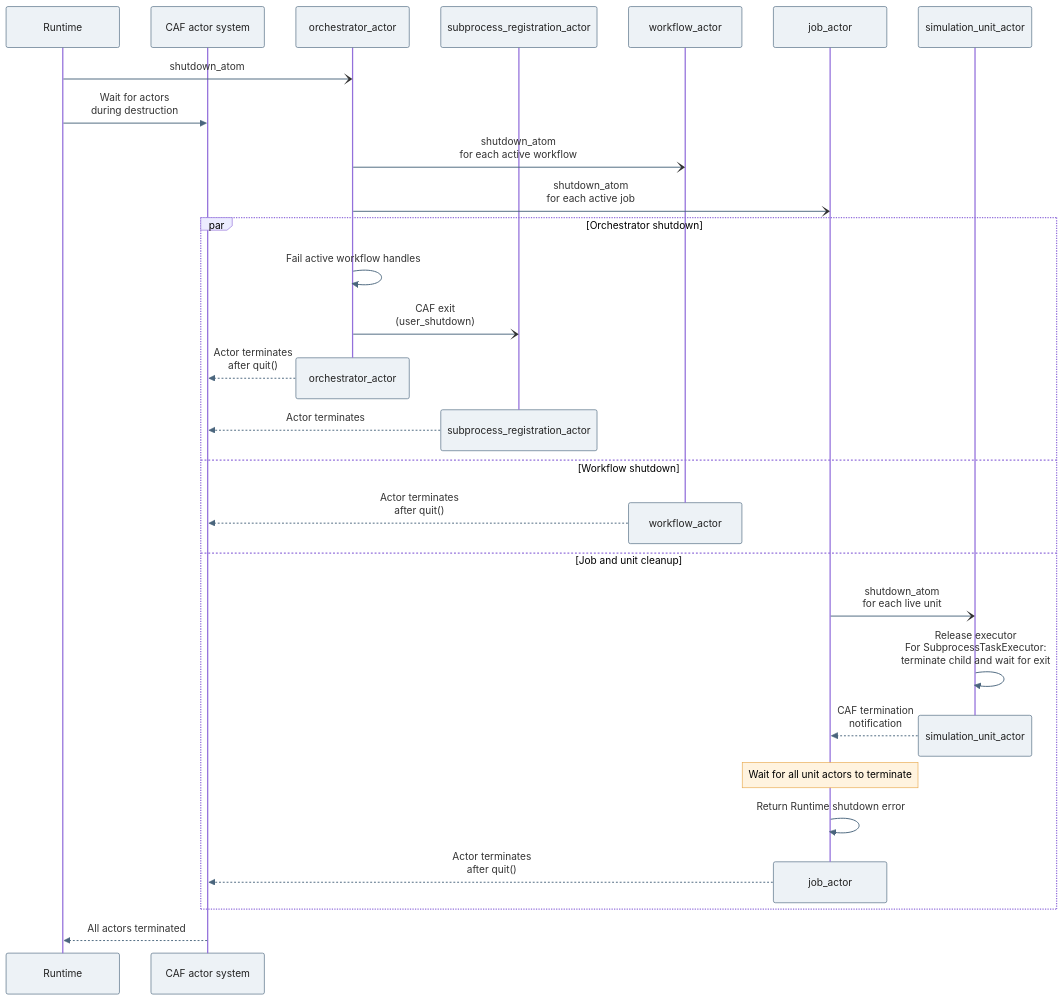
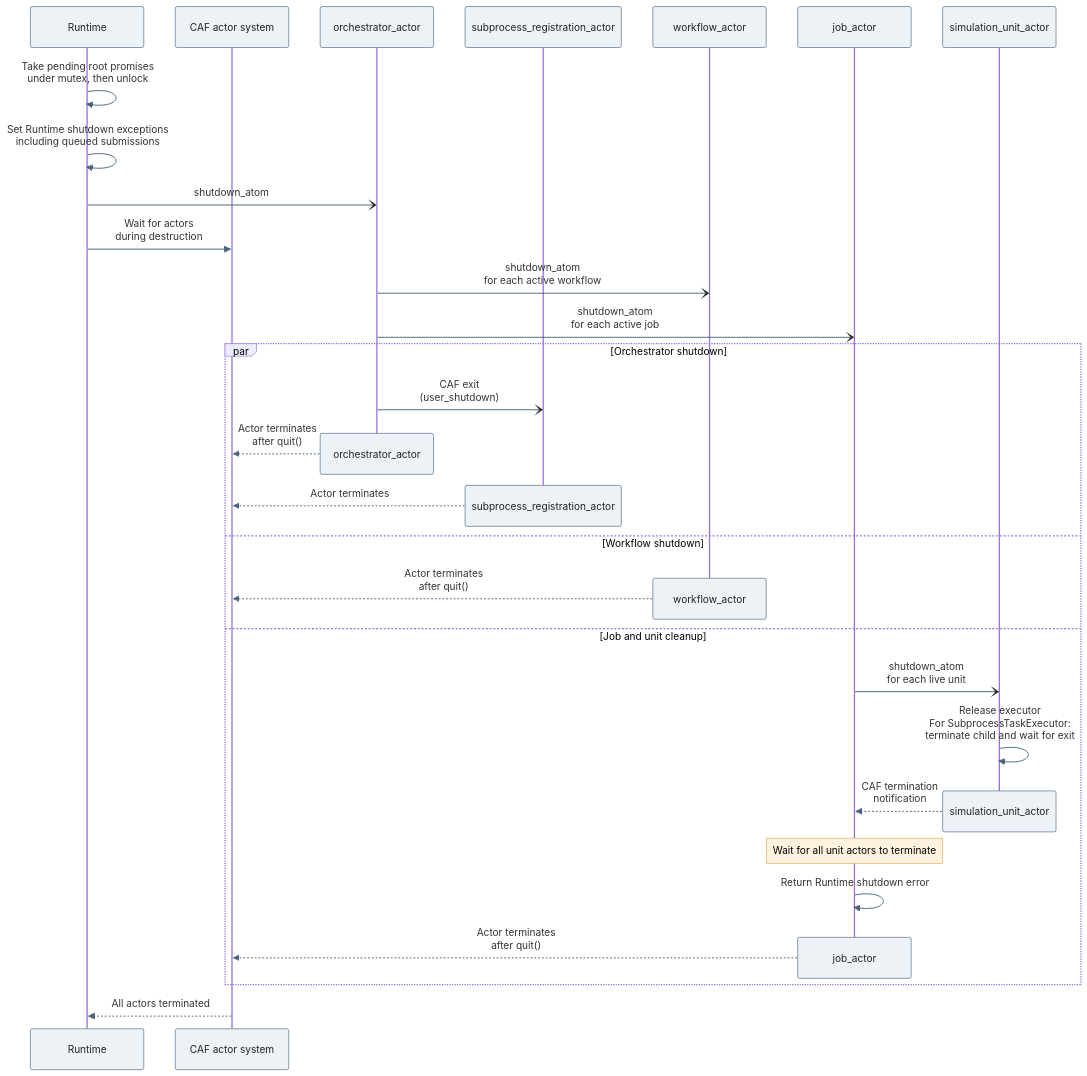
One commit to uofs-simlab/miaow-framework changed the diagram in docs/diagrams/runtime_shutdown.mmd. Above: the diagram before and after it, drawn with Mermaid. The commit also changed 9 other files, not shown here.

```diff
--- a/docs/diagrams/runtime_shutdown.mmd
+++ b/docs/diagrams/runtime_shutdown.mmd
@@ -1,55 +1,56 @@
 ---
 config:
   sequence:
     useMaxWidth: true
     mirrorActors: true
     width: 180
     actorMargin: 50
     diagramMarginX: 16
     diagramMarginY: 12
     messageMargin: 18
     actorFontSize: 14
     messageFontSize: 14
     noteFontSize: 14
   themeVariables:
     actorBkg: "#edf2f6"
     actorBorder: "#4a657d"
     actorTextColor: "#222222"
     signalColor: "#4a657d"
     noteBkgColor: "#fff3df"
     noteBorderColor: "#e8a84b"
 ---
 sequenceDiagram
     participant R as Runtime
     participant S as CAF actor system
     participant O as orchestrator_actor
     participant Reg as subprocess_registration_actor
     participant F as workflow_actor
     participant J as job_actor
     participant U as simulation_unit_actor
 
+    R->>R: Take pending root promises<br/>under mutex, then unlock
+    R->>R: Set Runtime shutdown exceptions<br/>including queued submissions
     R-)O: shutdown_atom
     R->>S: Wait for actors<br/>during destruction
     O-)F: shutdown_atom<br/>for each active workflow
     O-)J: shutdown_atom<br/>for each active job
     par Orchestrator shutdown
-        O->>O: Fail active workflow handles
         O-)Reg: CAF exit<br/>(user_shutdown)
         destroy O
         O-->>S: Actor terminates<br/>after quit()
         destroy Reg
         Reg-->>S: Actor terminates
     and Workflow shutdown
         destroy F
         F-->>S: Actor terminates<br/>after quit()
     and Job and unit cleanup
         J-)U: shutdown_atom<br/>for each live unit
         U->>U: Release executor<br/>For SubprocessTaskExecutor:<br/>terminate child and wait for exit
         destroy U
         U-->>J: CAF termination<br/>notification
         Note over J: Wait for all unit actors to terminate
         J->>J: Return Runtime shutdown error
         destroy J
         J-->>S: Actor terminates<br/>after quit()
     end
     S-->>R: All actors terminated
```
